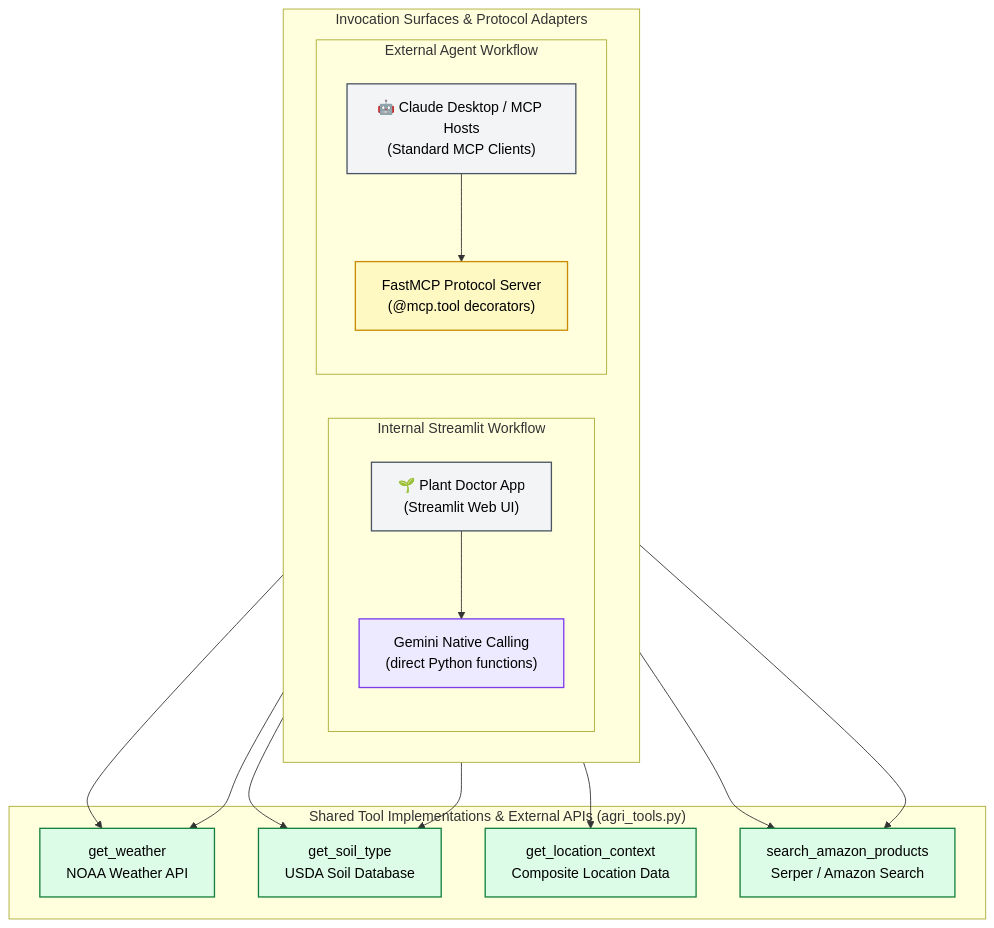
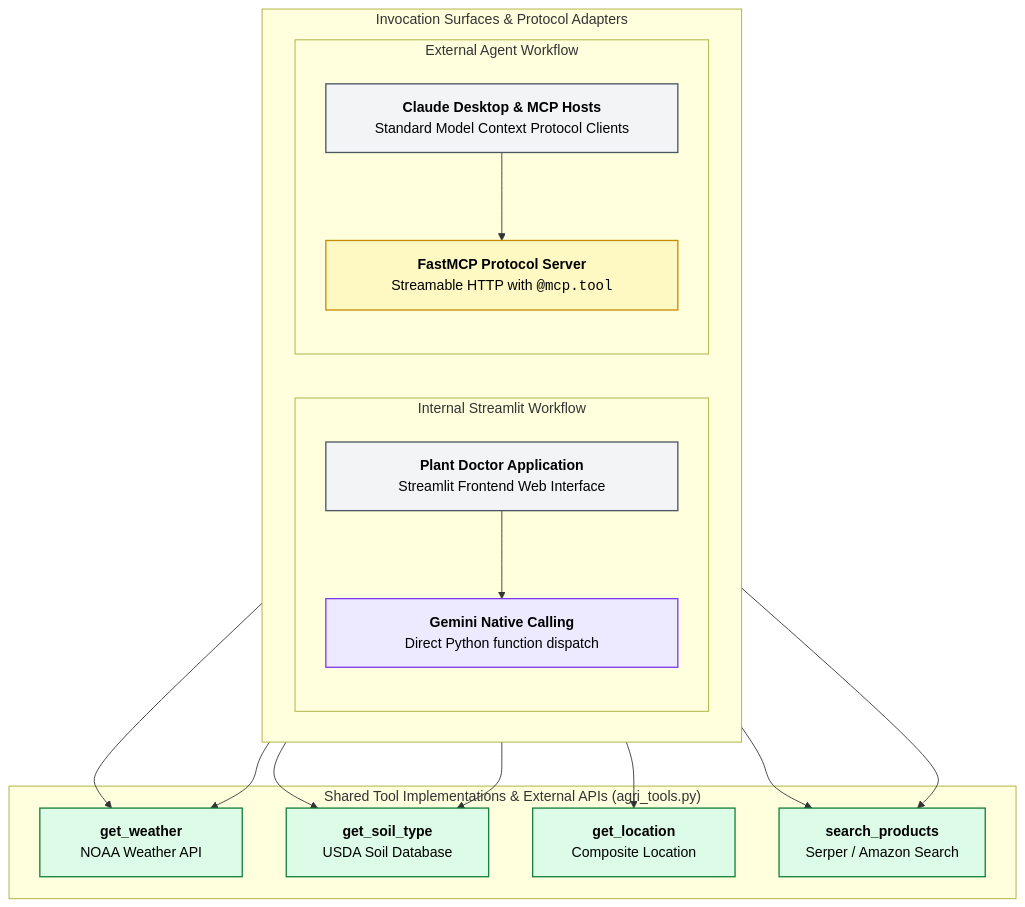
The diagram in workflow/02_mcp_architecture.md (the-write-path-code/ch09-plant-doctor), drawn with Mermaid before and after one commit. The commit also changed 1 other file, not shown here.

Commit message:
docs: expand nodes to wide layout in detection flow and mcp architecture

````diff
--- a/workflow/02_mcp_architecture.md
+++ b/workflow/02_mcp_architecture.md
@@ -7,38 +7,38 @@
 ```mermaid
 flowchart TD
     subgraph CONSUMERS ["Invocation Surfaces & Protocol Adapters"]
         direction LR
         subgraph PATH_A ["Internal Streamlit Workflow"]
             direction TB
-            C1["🌱 Plant Doctor App<br/>(Streamlit Web UI)"]
-            NAT["Gemini Native Calling<br/>(direct Python functions)"]
+            C1["<div style='min-width: 340px;'><b>Plant Doctor Application</b><br/>Streamlit Frontend Web Interface</div>"]
+            NAT["<div style='min-width: 340px;'><b>Gemini Native Calling</b><br/>Direct Python function dispatch</div>"]
             C1 --> NAT
         end
         subgraph PATH_B ["External Agent Workflow"]
             direction TB
-            C2["🤖 Claude Desktop / MCP Hosts<br/>(Standard MCP Clients)"]
-            MCP["FastMCP Protocol Server<br/>(@mcp.tool decorators)"]
+            C2["<div style='min-width: 340px;'><b>Claude Desktop & MCP Hosts</b><br/>Standard Model Context Protocol Clients</div>"]
+            MCP["<div style='min-width: 340px;'><b>FastMCP Protocol Server</b><br/>Streamable HTTP with <code>@mcp.tool</code></div>"]
             C2 --> MCP
         end
     end
 
     subgraph TOOLS ["Shared Tool Implementations & External APIs (agri_tools.py)"]
-        T1["get_weather<br/>NOAA Weather API"]
-        T2["get_soil_type<br/>USDA Soil Database"]
-        T3["get_location_context<br/>Composite Location Data"]
-        T4["search_amazon_products<br/>Serper / Amazon Search"]
+        T1["<div style='min-width: 170px;'><b>get_weather</b><br/>NOAA Weather API</div>"]
+        T2["<div style='min-width: 170px;'><b>get_soil_type</b><br/>USDA Soil Database</div>"]
+        T3["<div style='min-width: 170px;'><b>get_location</b><br/>Composite Location</div>"]
+        T4["<div style='min-width: 170px;'><b>search_products</b><br/>Serper / Amazon Search</div>"]
 
         NAT --> T1 & T2 & T4
         MCP --> T1 & T2 & T3 & T4
     end
 
     classDef client fill:#F3F4F6,stroke:#4B5563,color:#000000,stroke-width:1.5px
     classDef nat fill:#EDE9FE,stroke:#7C3AED,color:#000000,stroke-width:1.5px
     classDef mcp fill:#FEF9C3,stroke:#CA8A04,color:#000000,stroke-width:1.5px
     classDef tool fill:#DCFCE7,stroke:#15803D,color:#000000,stroke-width:1.5px
 
     class C1,C2 client
     class NAT nat
     class MCP mcp
     class T1,T2,T3,T4 tool
 ```
````
